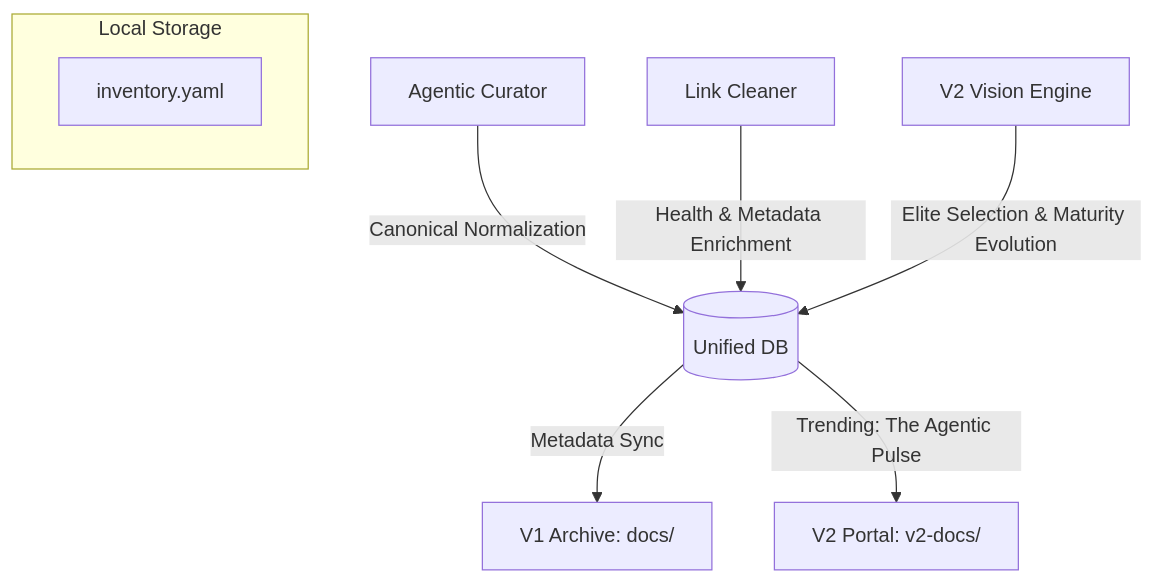
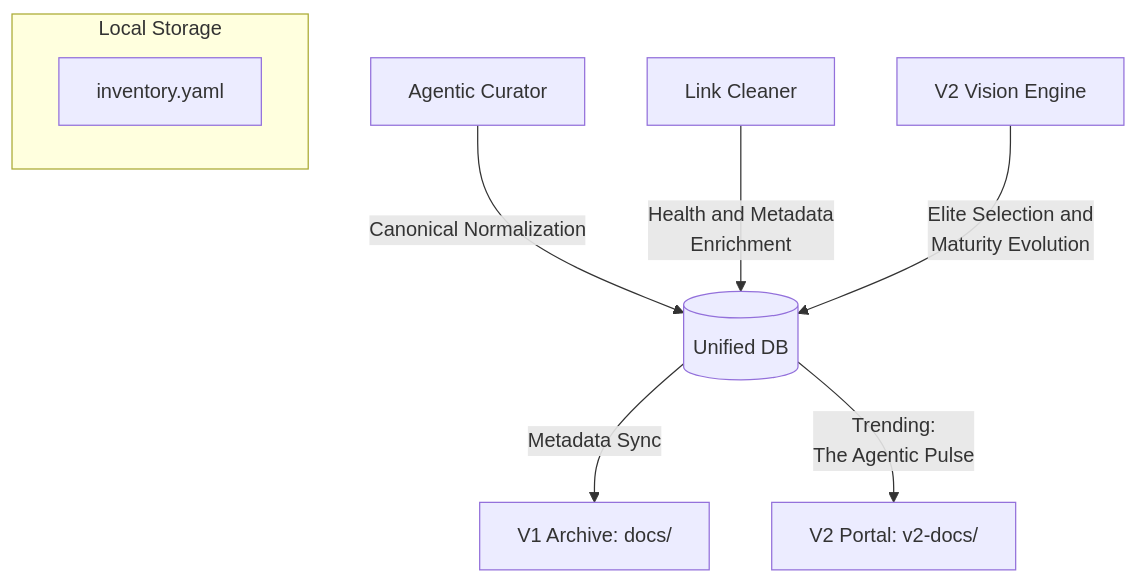
Before and after one commit to nubenetes/awesome-kubernetes: the seventh of 10 diagrams in README.md, drawn with Mermaid. The commit also changed other lines of this file, not shown here.

Commit message:
docs: fix Mermaid diagram text truncation and comply with Mandate 30

````diff
--- a/README.md
+++ b/README.md
@@ -513,13 +513,13 @@
 ```mermaid
 graph TD
-    AC[Agentic Curator] -->|Canonical Normalization| DB[(Unified DB)]
-    LC[Link Cleaner] -->|Health & Metadata Enrichment| DB
-    V2[V2 Vision Engine] -->|Elite Selection & Maturity Evolution| DB
+    AC["Agentic Curator"] -->|"Canonical Normalization"| DB[("Unified DB")]
+    LC["Link Cleaner"] -->|"Health and Metadata<br/>Enrichment"| DB
+    V2["V2 Vision Engine"] -->|"Elite Selection and<br/>Maturity Evolution"| DB
     
-    DB -->|Metadata Sync| V1[V1 Archive: docs/]
-    DB -->|Trending: The Agentic Pulse| V2P[V2 Portal: v2-docs/]
+    DB -->|"Metadata Sync"| V1["V1 Archive: docs/"]
+    DB -->|"Trending:<br/>The Agentic Pulse"| V2P["V2 Portal: v2-docs/"]
     
     subgraph Local Storage
-        DB1[inventory.yaml]
+        DB1["inventory.yaml"]
     end
 ```
````
